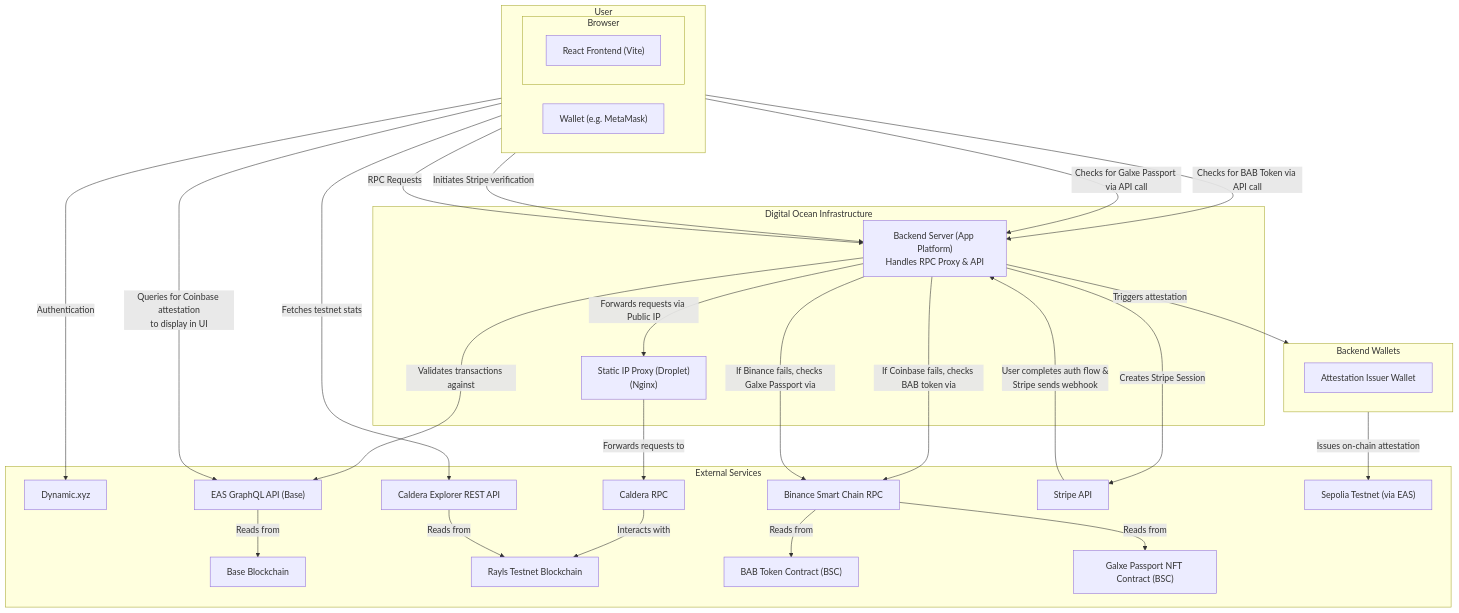
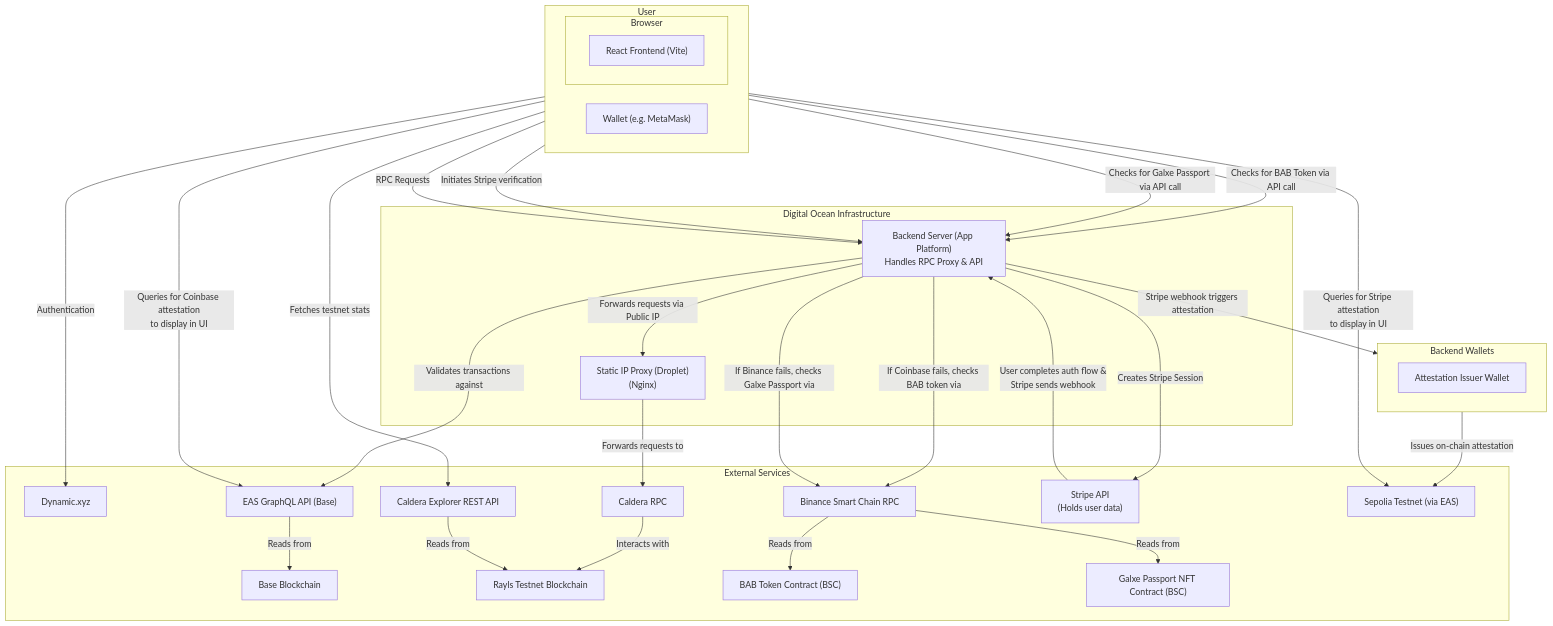
The diagram in README.md (AlexJupiter/rayls-dapp), drawn with Mermaid before and after one commit.

Commit message:
improvements to arch diagram for Stripe

````diff
--- a/README.md
+++ b/README.md
@@ -24,56 +24,57 @@
 ```mermaid
 graph TD
     subgraph "User"
         direction LR
         subgraph "Browser"
             A["React Frontend (Vite)"]
         end
         H["Wallet (e.g. MetaMask)"]
     end
 
     subgraph "Digital&nbsp;Ocean&nbsp;Infrastructure"
         B["Backend Server (App Platform)<br/>Handles RPC Proxy & API"]
         P["Static IP Proxy (Droplet)<br/>(Nginx)"]
     end
 
     subgraph "External Services"
         C["Dynamic.xyz"]
         D["Caldera RPC"]
         E["EAS GraphQL API (Base)"]
         F["Base Blockchain"]
         G["Rayls Testnet Blockchain"]
         I["Caldera Explorer REST API"]
         J["Binance Smart Chain RPC"]
         K["BAB Token Contract (BSC)"]
         L["Galxe Passport NFT Contract (BSC)"]
-        M["Stripe API"]
+        M["Stripe API<br/>(Holds user data)"]
         N["Sepolia Testnet (via EAS)"]
     end
 
     subgraph "Backend Wallets"
         direction LR
         O["Attestation Issuer Wallet"]
     end
 
     A -- "Authentication" --> C;
     A -- "Queries for Coinbase attestation<br/>to display in UI" --> E;
     A -- "Checks for BAB Token via API call" --> B;
     A -- "Checks for Galxe Passport via API call" --> B;
+    A -- "Queries for Stripe attestation<br/>to display in UI" --> N;
     A -- "Fetches testnet stats" --> I;
     A -- "Initiates Stripe verification" --> B;
     B -- "Creates Stripe Session" --> M;
     M -- "User completes auth flow &<br/>Stripe sends webhook" --> B;
-    B -- "Triggers attestation" --> O;
+    B -- "Stripe webhook triggers attestation" --> O;
     O -- "Issues on-chain attestation" --> N;
     H -- "RPC Requests" --> B;
     B -- "Forwards requests via Public IP" --> P;
     P -- "Forwards requests to" --> D;
     D -- "Interacts with" --> G;
     B -- "Validates transactions against" --> E;
     B -- "If Coinbase fails, checks BAB token via" --> J;
     B -- "If Binance fails, checks Galxe Passport via" --> J;
     E -- "Reads from" --> F;
     I -- "Reads from" --> G;
     J -- "Reads from" --> K;
     J -- "Reads from" --> L;
 ```
````
